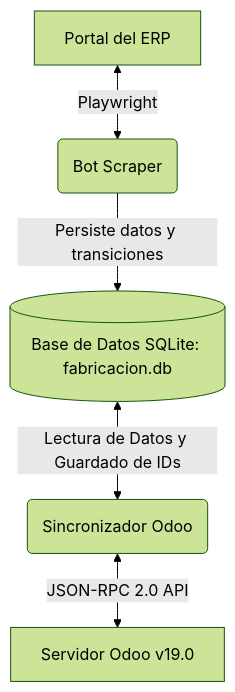
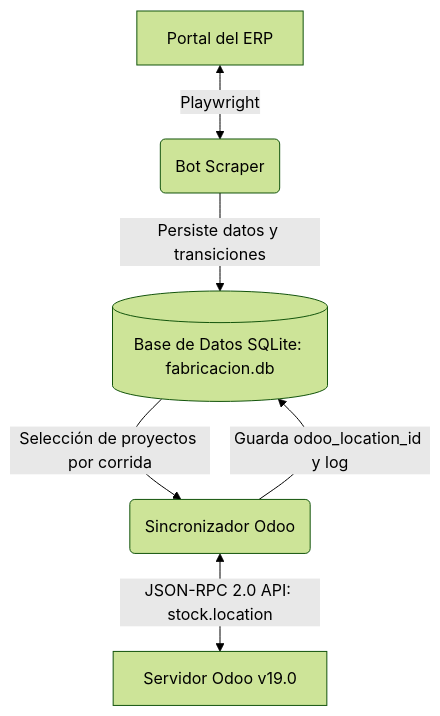
The first of 4 diagrams in README.md (DimasIsaiasRumay/Proyecto_Scraper), drawn with Mermaid (forest theme) before and after one commit. The commit also changed other lines of this file and 2 other files, not shown here.

````diff
--- a/README.md
+++ b/README.md
@@ -40,7 +41,8 @@
 ```mermaid
 graph TD
     A[Portal del ERP] <-->|Playwright| B(Bot Scraper)
     B -->|Persiste datos y transiciones| C[(Base de Datos SQLite: fabricacion.db)]
-    C <-->|Lectura de Datos y Guardado de IDs| D(Sincronizador Odoo)
-    D <-->|JSON-RPC 2.0 API| E[Servidor Odoo v19.0]
+    C -->|Selección de proyectos por corrida| D(Sincronizador Odoo)
+    D <-->|JSON-RPC 2.0 API: stock.location| E[Servidor Odoo v19.0]
+    D -->|Guarda odoo_location_id y log| C
 ```
````
